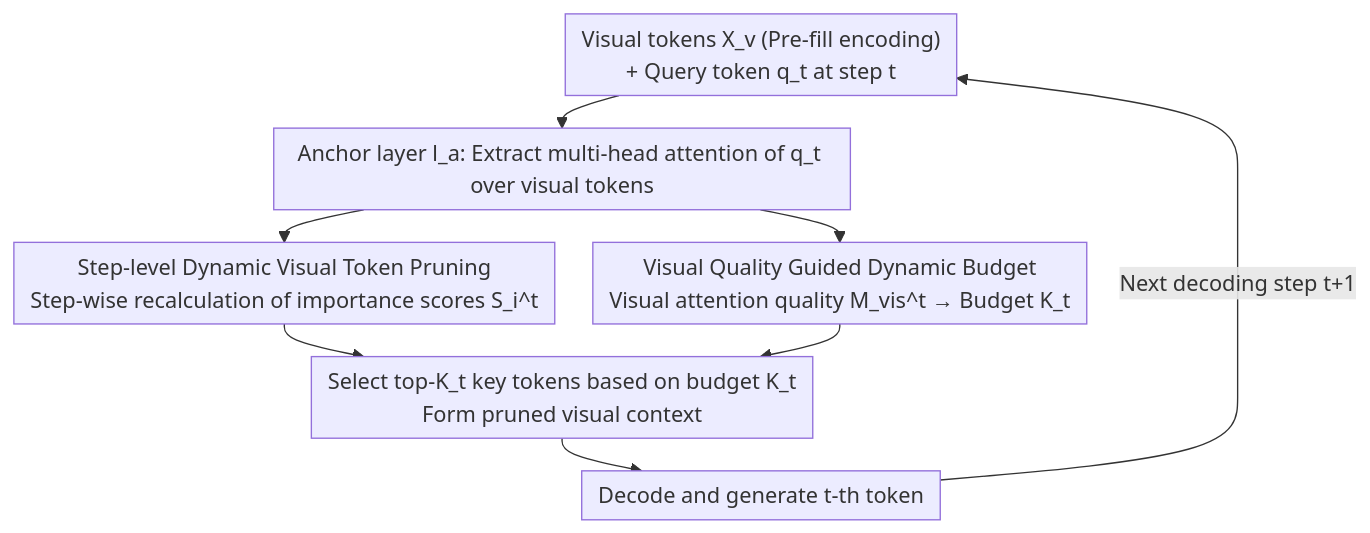
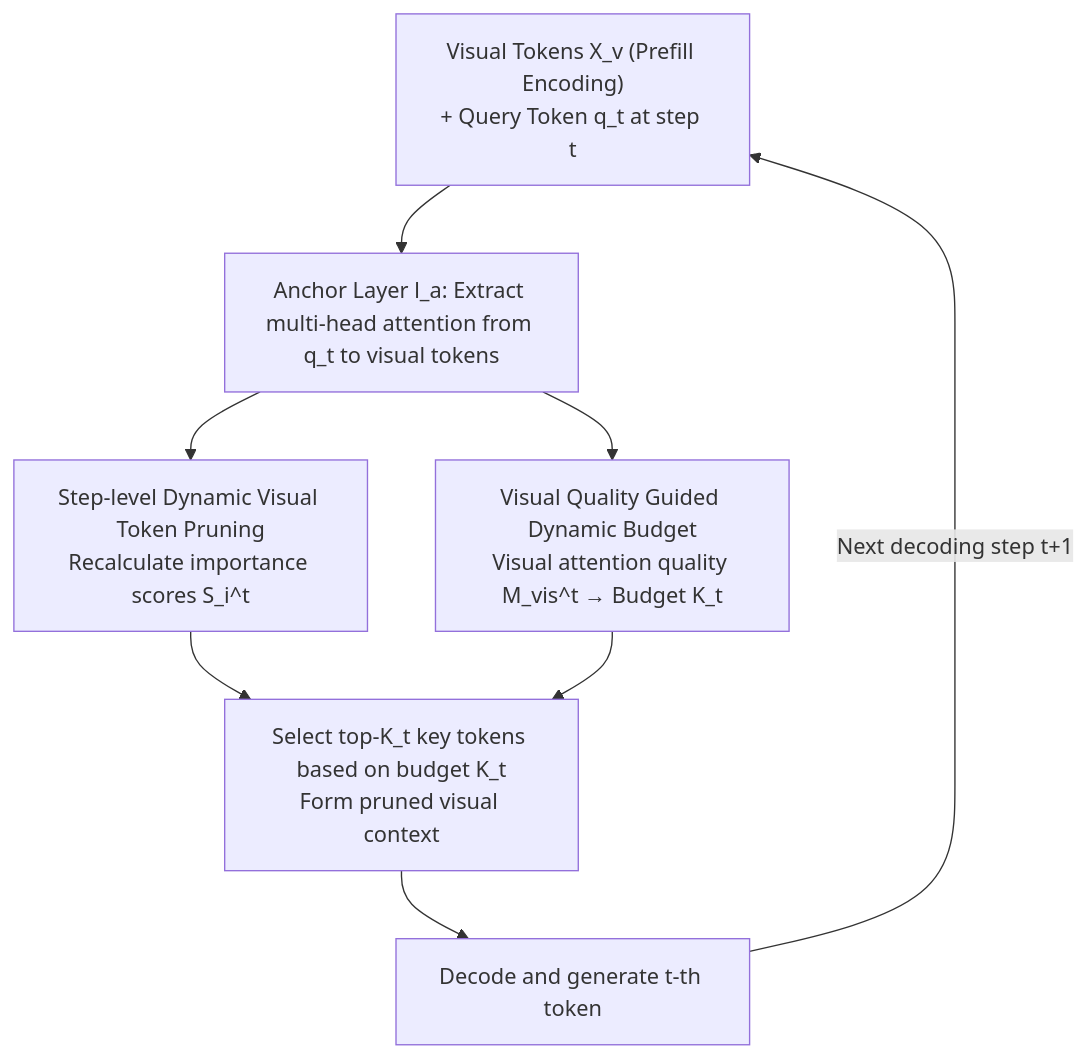
The diagram in docs/ICML2026/multimodal_vlm/visionpulse_dynamic_visual_sparsity_for_efficient_multimodal_reasoning.md (zhaoyang97/Paper-Notes-en), drawn with Mermaid before and after one commit. The commit also changed other lines of this file and 5084 other files, not shown here.

````diff
--- a/docs/ICML2026/multimodal_vlm/visionpulse_dynamic_visual_sparsity_for_efficient_multimodal_reasoning.md
+++ b/docs/ICML2026/multimodal_vlm/visionpulse_dynamic_visual_sparsity_for_efficient_multimodal_reasoning.md
@@ -42,12 +42,11 @@
 ```mermaid
-%%{init: {'flowchart': {'rankSpacing': 24, 'nodeSpacing': 28, 'padding': 6, 'wrappingWidth': 400}}}%%
-flowchart TD
-    A["Visual tokens X_v (Pre-fill encoding) <br/>+ Query token q_t at step t"]
-    A --> B["Anchor layer l_a: Extract multi-head attention of q_t over visual tokens"]
-    B --> C["Step-level Dynamic Visual Token Pruning<br/>Step-wise recalculation of importance scores S_i^t"]
+graph TD
+    A["Visual Tokens X_v (Prefill Encoding)<br/>+ Query Token q_t at step t"]
+    A --> B["Anchor Layer l_a: Extract multi-head attention from q_t to visual tokens"]
+    B --> C["Step-level Dynamic Visual Token Pruning<br/>Recalculate importance scores S_i^t"]
     B --> D["Visual Quality Guided Dynamic Budget<br/>Visual attention quality M_vis^t → Budget K_t"]
     C --> E["Select top-K_t key tokens based on budget K_t<br/>Form pruned visual context"]
     D --> E
     E --> F["Decode and generate t-th token"]
     F -->|Next decoding step t+1| A
 ```
````
